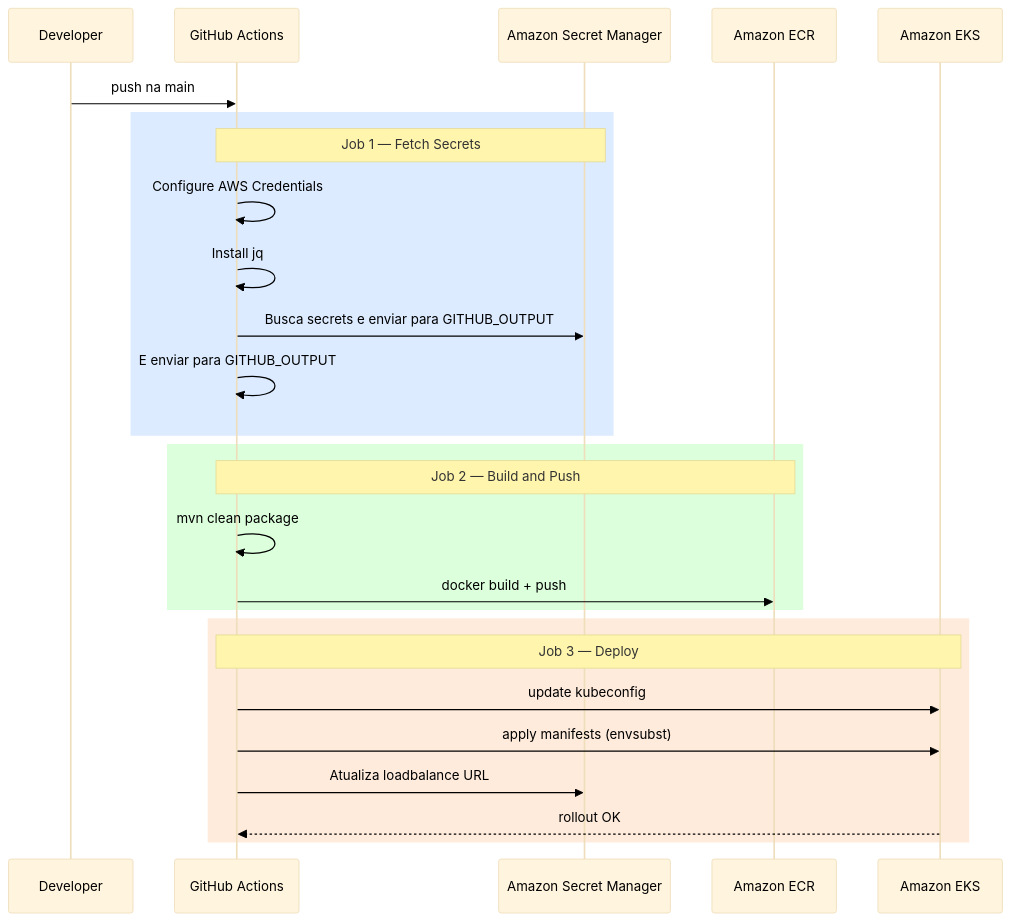
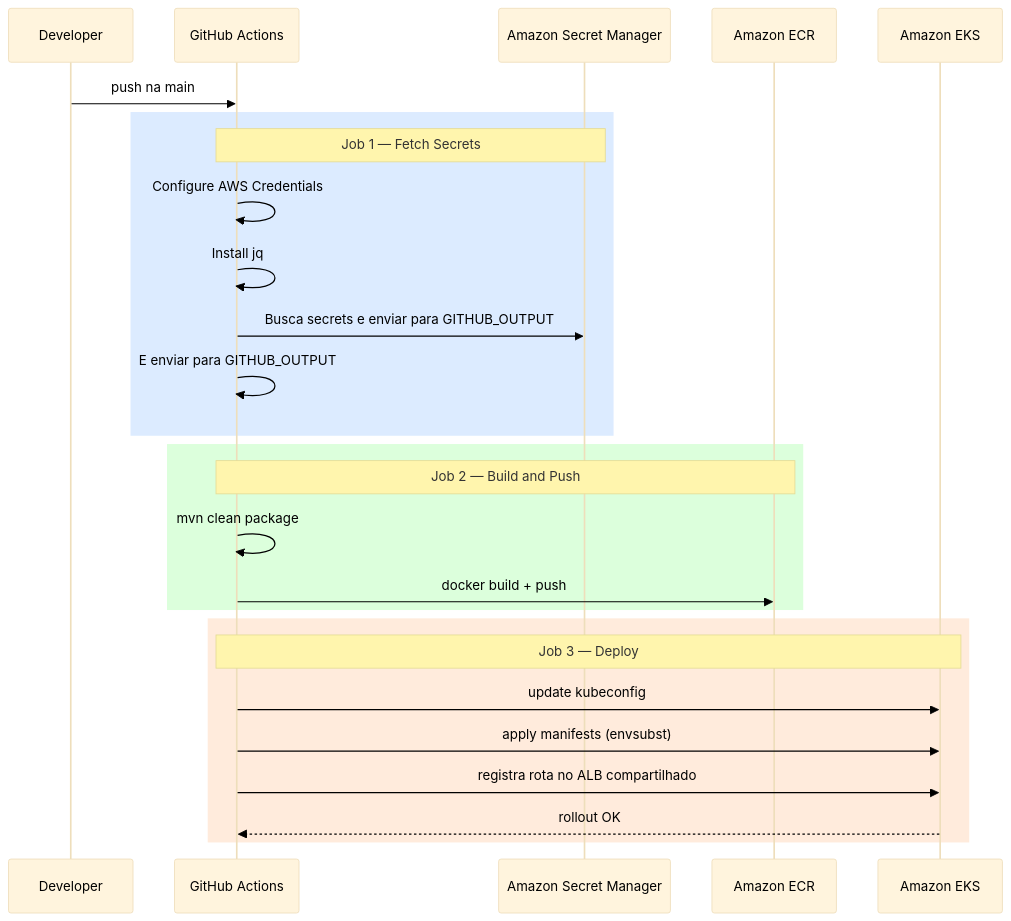
Before and after one commit to pitflow-so/pitflow-os-backend: the third of 3 diagrams in README.md, drawn with Mermaid. The commit also changed other lines of this file and 3 other files, not shown here.

````diff
--- a/README.md
+++ b/README.md
@@ -168,42 +172,42 @@
 ```mermaid
 %%{init: {
   "theme": "base",
   "themeVariables": {
     "primaryTextColor": "#000000",
     "secondaryTextColor": "#000000",
     "tertiaryTextColor": "#000000",
     "lineColor": "#333333",
     "fontSize": "14px"
   }
 }}%%
 sequenceDiagram
     participant Dev as Developer
     participant GH as GitHub Actions
     participant ASM as Amazon Secret Manager
     participant ECR as Amazon ECR
     participant EKS as Amazon EKS
 
     Dev->>GH: push na main
 
     rect rgb(220, 235, 255)
         note over GH,ASM: Job 1 — Fetch Secrets
         GH->>GH: Configure AWS Credentials
         GH->>GH: Install jq
         GH->>ASM: Busca secrets e enviar para GITHUB_OUTPUT
         GH->>GH: E enviar para GITHUB_OUTPUT
     end
 
     rect rgb(220, 255, 220)
         note over GH,ECR: Job 2 — Build and Push
         GH->>GH: mvn clean package
         GH->>ECR: docker build + push
     end
 
     rect rgb(255, 235, 220)
         note over GH,EKS: Job 3 — Deploy
         GH->>EKS: update kubeconfig
         GH->>EKS: apply manifests (envsubst)
-        GH->>ASM: Atualiza loadbalance URL
+        GH->>EKS: registra rota no ALB compartilhado
         EKS-->>GH: rollout OK
     end
 ```
````
